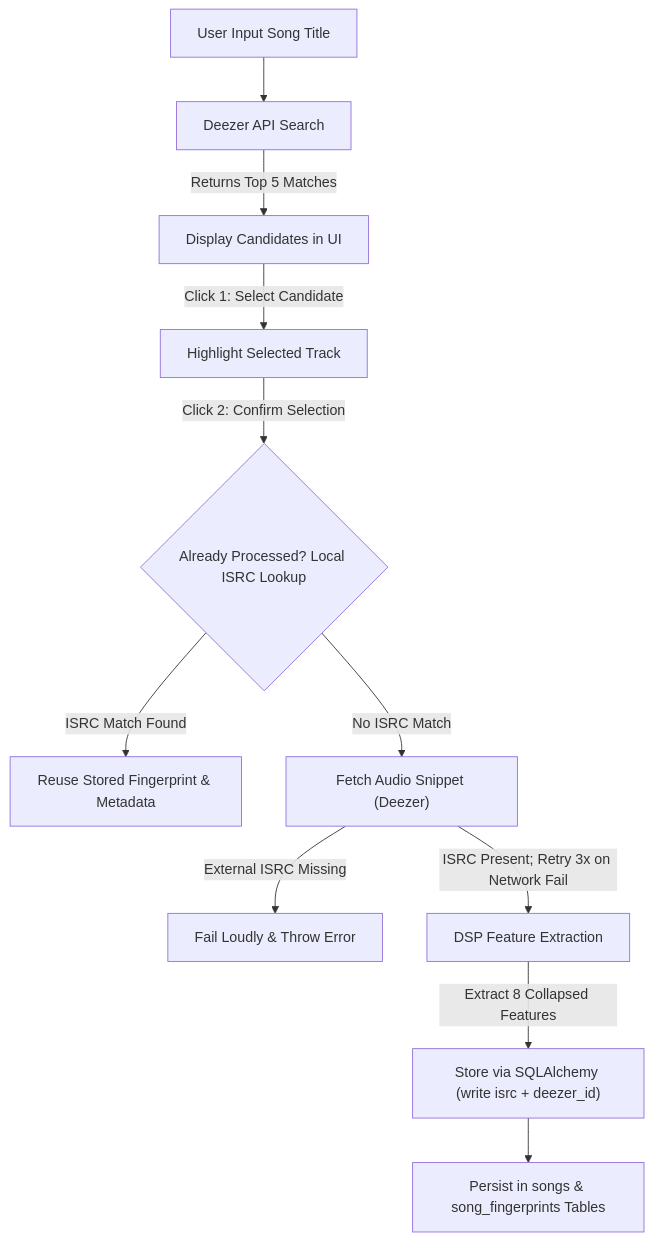
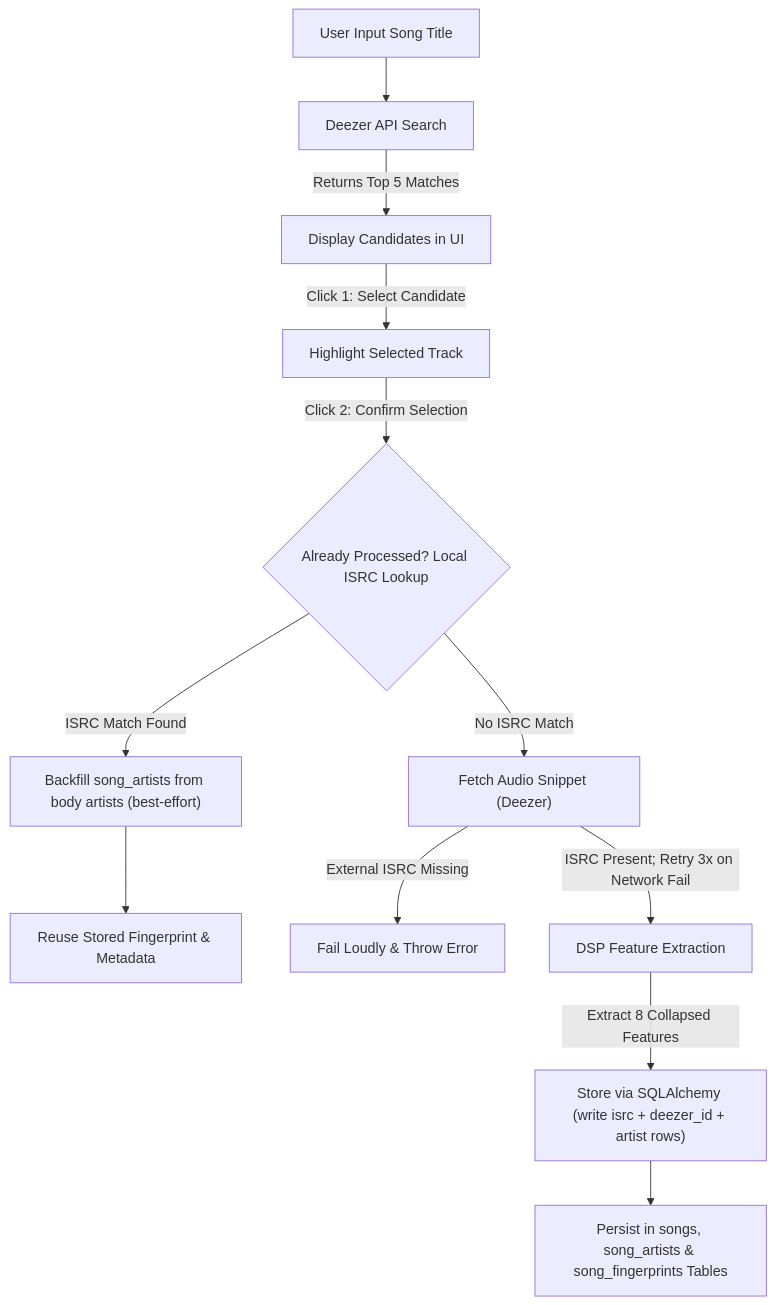
One commit to AhmedAl-Hayali/AgenticGenreGuru changed the second of 2 diagrams in specs/001-song-fingerprint-engine/data-model.md. Above: the diagram before and after it, drawn with Mermaid. The commit also changed other lines of this file and 2 other files, not shown here.

Commit message:
docs(specs-data-model): capture new relation `song_artists`

````diff
--- a/specs/001-song-fingerprint-engine/data-model.md
+++ b/specs/001-song-fingerprint-engine/data-model.md
@@ -92,13 +123,14 @@
 ```mermaid
 flowchart TD
     A["User Input Song Title"] --> B["Deezer API Search"]
     B -->|"Returns Top 5 Matches"| C["Display Candidates in UI"]
     C -->|"Click 1: Select Candidate"| D["Highlight Selected Track"]
     D -->|"Click 2: Confirm Selection"| DEDUP{"Already Processed? Local ISRC Lookup"}
-    DEDUP -->|"ISRC Match Found"| REUSE["Reuse Stored Fingerprint & Metadata"]
+    DEDUP -->|"ISRC Match Found"| BKFL["Backfill song_artists from body artists (best-effort)"]
+    BKFL --> REUSE["Reuse Stored Fingerprint & Metadata"]
     DEDUP -->|"No ISRC Match"| E["Fetch Audio Snippet (Deezer)"]
     E -->|"External ISRC Missing"| ERR["Fail Loudly & Throw Error"]
     E -->|"ISRC Present; Retry 3x on Network Fail"| F["DSP Feature Extraction"]
-    F -->|"Extract 8 Collapsed Features"| G["Store via SQLAlchemy (write isrc + deezer_id)"]
-    G --> H["Persist in songs & song_fingerprints Tables"]
+    F -->|"Extract 8 Collapsed Features"| G["Store via SQLAlchemy (write isrc + deezer_id + artist rows)"]
+    G --> H["Persist in songs, song_artists & song_fingerprints Tables"]
 ```
````
